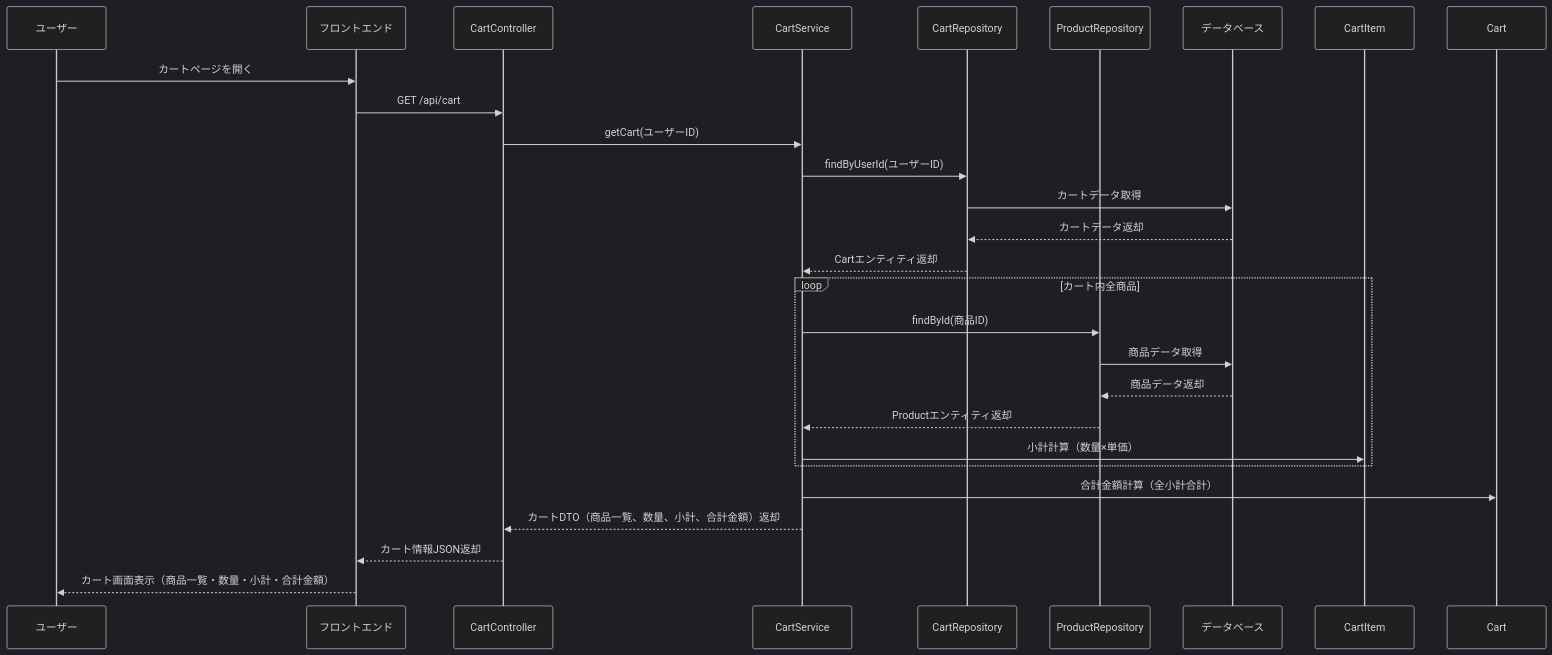
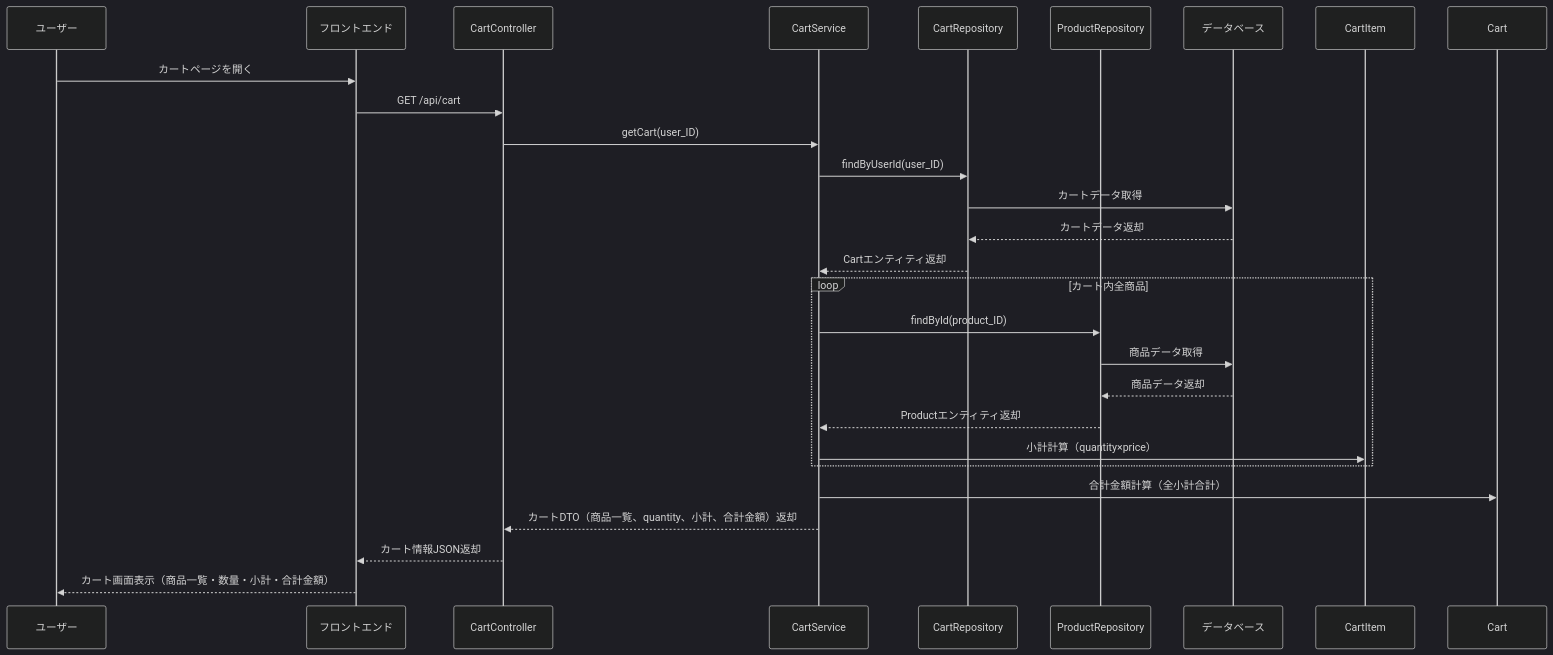
The sixth of 29 diagrams in 詳細設計/担当B_村田/3.2 機能詳細.md (Aoi-Yaegashi/teamF), drawn with Mermaid (dark theme) before and after one commit. The commit also changed other lines of this file and 1 other file, not shown here.

Commit message:
シーケンス図アップデート

```diff
--- a/詳細設計/担当B_村田/3.2 機能詳細.md
+++ b/詳細設計/担当B_村田/3.2 機能詳細.md
@@ -140,29 +176,29 @@
 <div class="mermaid">
 sequenceDiagram
     participant User as ユーザー
     participant Browser as フロントエンド
     participant CartController as CartController
     participant CartService as CartService
     participant CartRepo as CartRepository
     participant ProductRepo as ProductRepository
     participant DB as データベース
 
     User->>Browser: カートページを開く
     Browser->>CartController: GET /api/cart
-    CartController->>CartService: getCart(ユーザーID)
-    CartService->>CartRepo: findByUserId(ユーザーID)
+    CartController->>CartService: getCart(user_ID)
+    CartService->>CartRepo: findByUserId(user_ID)
     CartRepo->>DB: カートデータ取得
     DB-->>CartRepo: カートデータ返却
     CartRepo-->>CartService: Cartエンティティ返却
     loop カート内全商品
-        CartService->>ProductRepo: findById(商品ID)
+        CartService->>ProductRepo: findById(product_ID)
         ProductRepo->>DB: 商品データ取得
         DB-->>ProductRepo: 商品データ返却
         ProductRepo-->>CartService: Productエンティティ返却
-        CartService->>CartItem: 小計計算（数量×単価）
+        CartService->>CartItem: 小計計算（quantity×price）
     end
     CartService->>Cart: 合計金額計算（全小計合計）
-    CartService-->>CartController: カートDTO（商品一覧、数量、小計、合計金額）返却
+    CartService-->>CartController: カートDTO（商品一覧、quantity、小計、合計金額）返却
     CartController-->>Browser: カート情報JSON返却
     Browser-->>User: カート画面表示（商品一覧・数量・小計・合計金額）
 </div>
```
